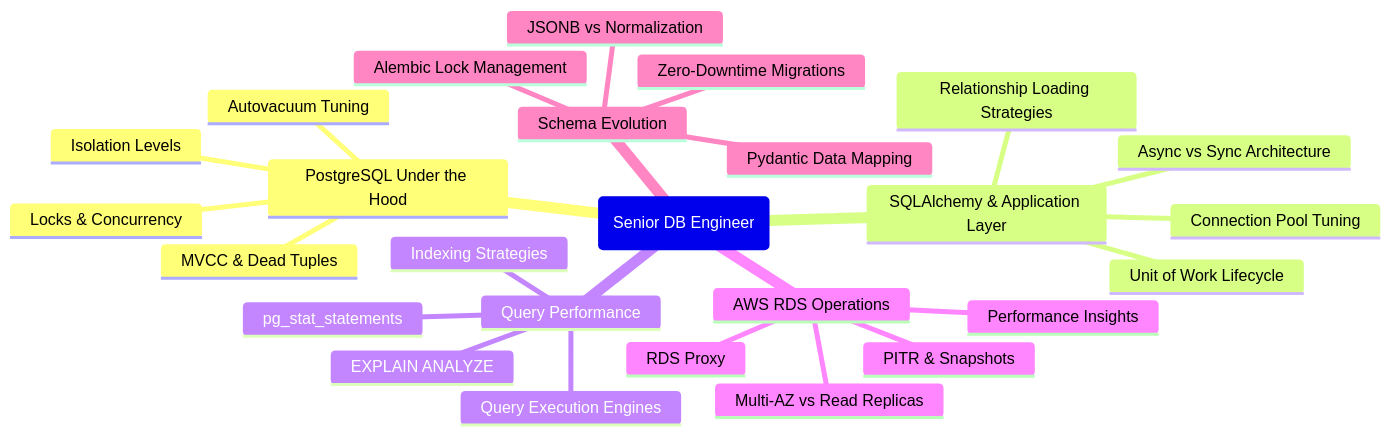
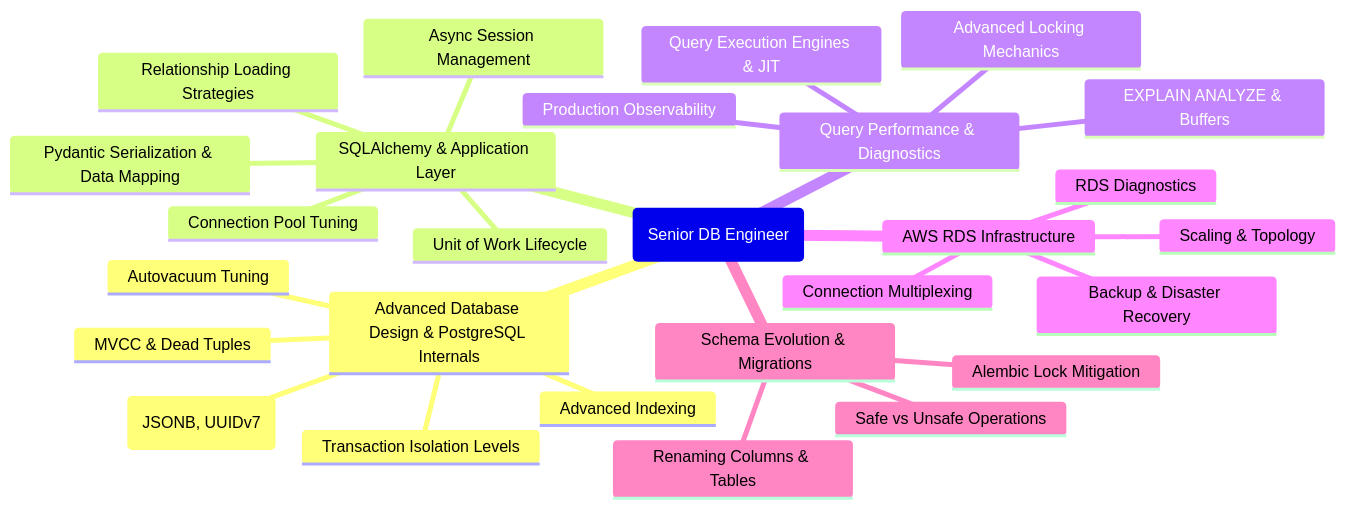
One commit to valeriu-pirtac/relational-database-skills-lab changed the diagram in README.md. Above: the diagram before and after it, drawn with Mermaid. The commit also changed other lines of this file, not shown here.

Commit message:
Aligned the Minmap so its structure matches the text sections and add missing key concepts

````diff
--- a/README.md
+++ b/README.md
@@ -15,29 +15,30 @@
 ```mermaid
 mindmap
   root(Senior DB Engineer)
-    PostgreSQL Under the Hood
+    Advanced Database Design & PostgreSQL Internals
       MVCC & Dead Tuples
       Autovacuum Tuning
-      Locks & Concurrency
-      Isolation Levels
+      Transaction Isolation Levels
+      Advanced Indexing
+      Complex Data Types (JSONB, UUIDv7)
     SQLAlchemy & Application Layer
-      Async vs Sync Architecture
       Relationship Loading Strategies
+      Async Session Management
       Connection Pool Tuning
+      Pydantic Serialization & Data Mapping
       Unit of Work Lifecycle
-    Query Performance
-      EXPLAIN ANALYZE
-      Indexing Strategies
-      pg_stat_statements
-      Query Execution Engines
-    AWS RDS Operations
-      Multi-AZ vs Read Replicas
-      RDS Proxy
-      PITR & Snapshots
-      Performance Insights
-    Schema Evolution
-      Zero-Downtime Migrations
-      Alembic Lock Management
-      JSONB vs Normalization
-      Pydantic Data Mapping
+    Query Performance & Diagnostics
+      EXPLAIN ANALYZE & Buffers
+      Advanced Locking Mechanics
+      Production Observability
+      Query Execution Engines & JIT
+    AWS RDS Infrastructure
+      Scaling & Topology
+      Connection Multiplexing
+      Backup & Disaster Recovery
+      RDS Diagnostics
+    Schema Evolution & Migrations
+      Alembic Lock Mitigation
+      Safe vs Unsafe Operations
+      Renaming Columns & Tables
 ```
````
